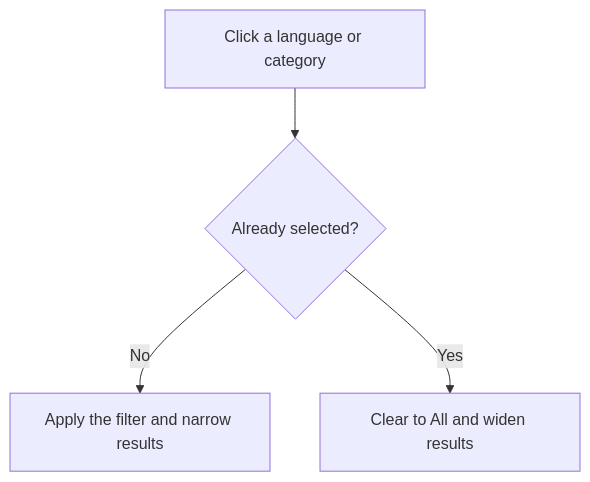
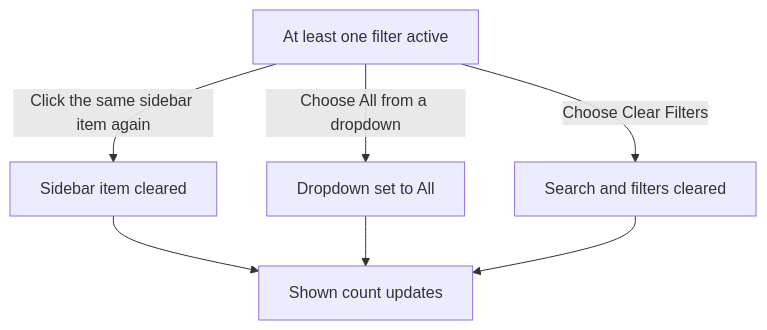
One commit to Mohita111/API2 changed the second of 2 diagrams in api2-documentation/plan_2026-11-02_f8890e/user-facing-docs/search-and-filter.md. Above: the diagram before and after it, drawn with Mermaid. The commit also changed other lines of this file and 11 other files, not shown here.

````diff
--- a/api2-documentation/plan_2026-11-02_f8890e/user-facing-docs/search-and-filter.md
+++ b/api2-documentation/plan_2026-11-02_f8890e/user-facing-docs/search-and-filter.md
@@ -55,6 +65,9 @@
 ```mermaid
 graph TD
-    A[Click a language or category] --> B{"Already selected?"}
-    B -->|No| C[Apply the filter and narrow results]
-    B -->|Yes| D[Clear to All and widen results]
+    A[At least one filter active] -->|Click the same sidebar item again| B[Sidebar item cleared]
+    A -->|Choose All from a dropdown| C[Dropdown set to All]
+    A -->|Choose Clear Filters| D[Search and filters cleared]
+    B --> E[Shown count updates]
+    C --> E
+    D --> E
 ```
````
